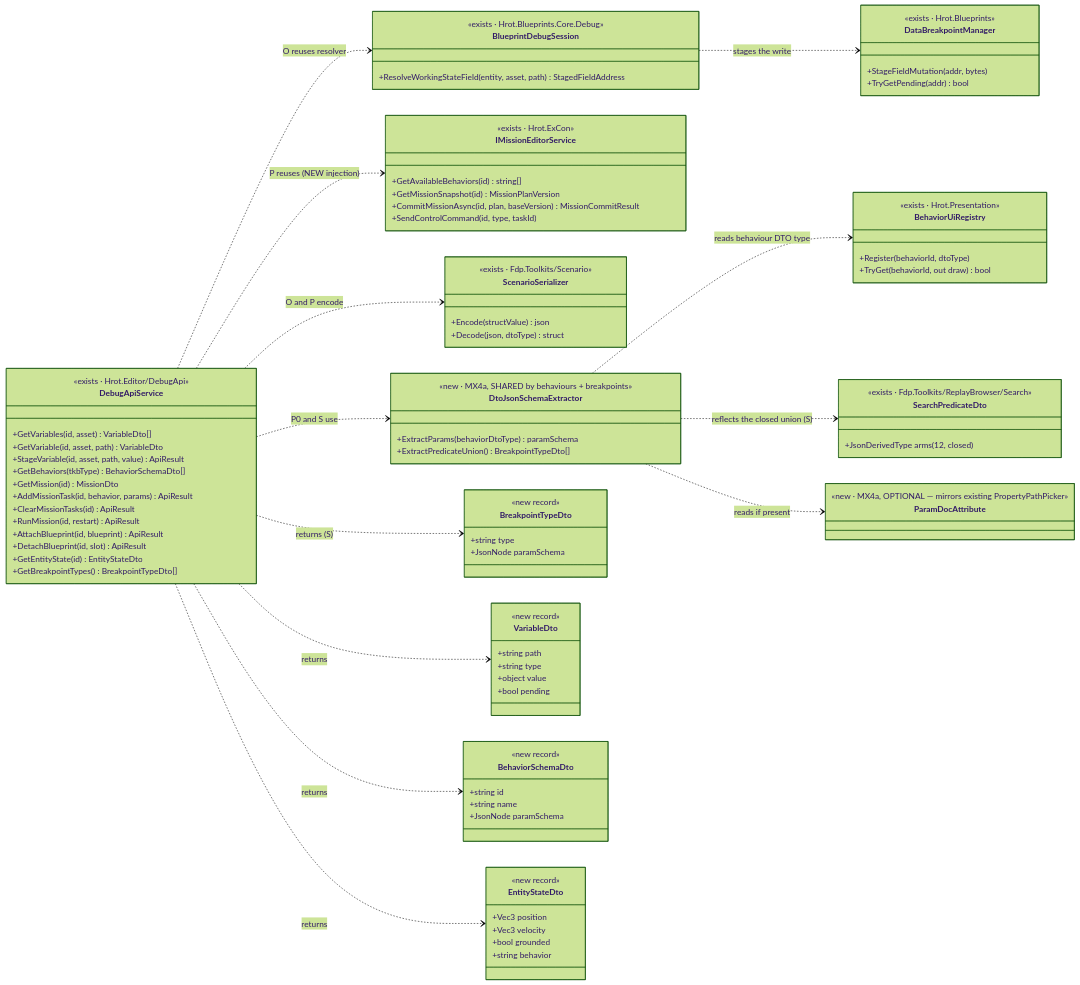
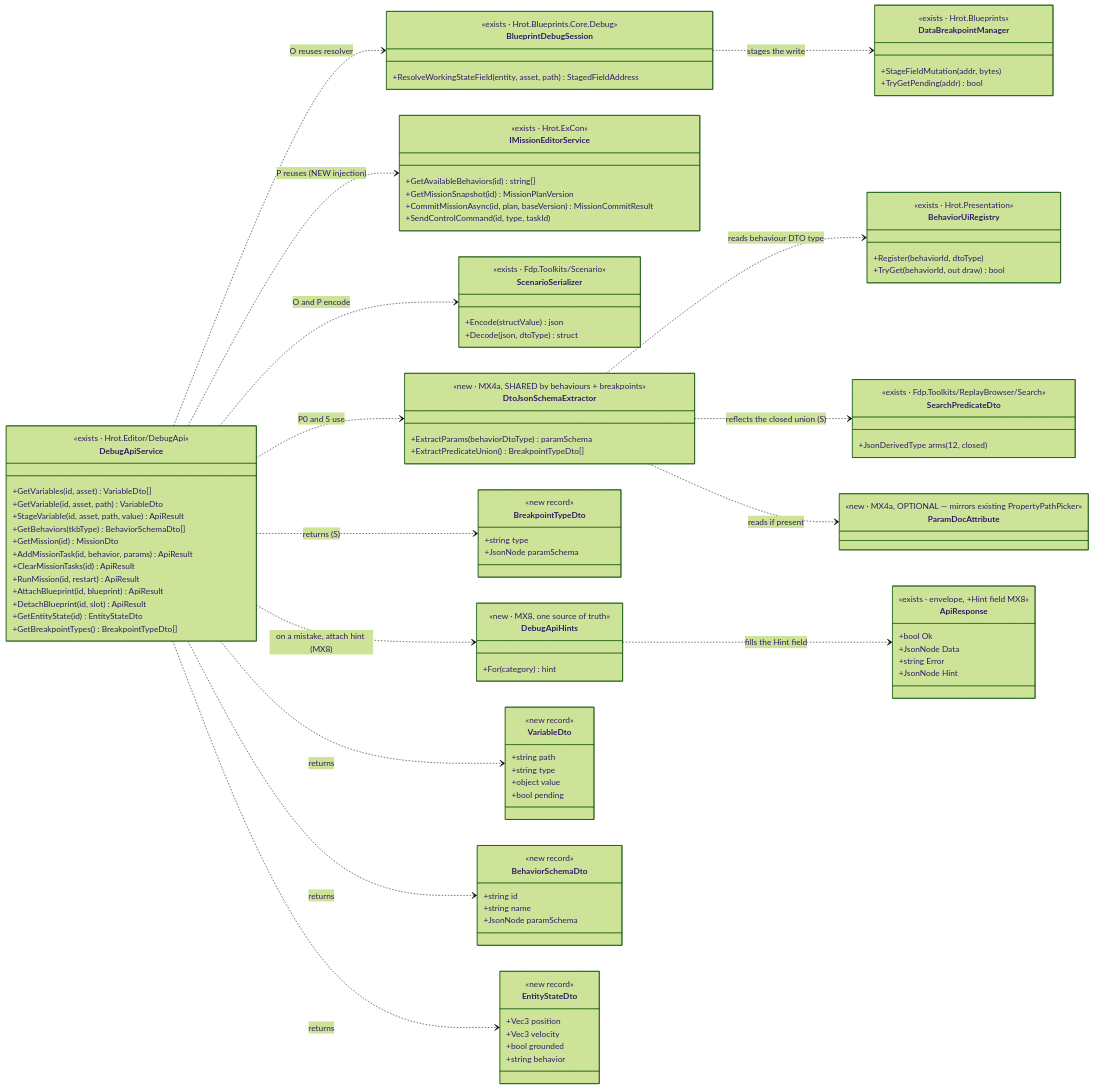
Before and after one commit to pjanec/HROT: the second of 3 diagrams in docs/MCP_Integration.md, drawn with Mermaid (forest theme). The commit also changed other lines of this file, not shown here.

First line of the commit message:
docs(mcp): self-describing errors — every mistake points at its discovery endpoint (MX8)

````diff
--- a/docs/MCP_Integration.md
+++ b/docs/MCP_Integration.md
@@ -310,6 +336,17 @@
         +string type
         +JsonNode paramSchema
     }
+    class ApiResponse {
+        <<exists · envelope, +Hint field MX8>>
+        +bool Ok
+        +JsonNode Data
+        +string Error
+        +JsonNode Hint
+    }
+    class DebugApiHints {
+        <<new · MX8, one source of truth>>
+        +For(category) hint
+    }
     class VariableDto {
         <<new record>>
         +string path
@@ -343,4 +380,6 @@
     DebugApiService ..> BehaviorSchemaDto : returns
     DebugApiService ..> EntityStateDto : returns
     DebugApiService ..> BreakpointTypeDto : returns (S)
+    DebugApiService ..> DebugApiHints : on a mistake, attach hint (MX8)
+    DebugApiHints ..> ApiResponse : fills the Hint field
 ```
````
